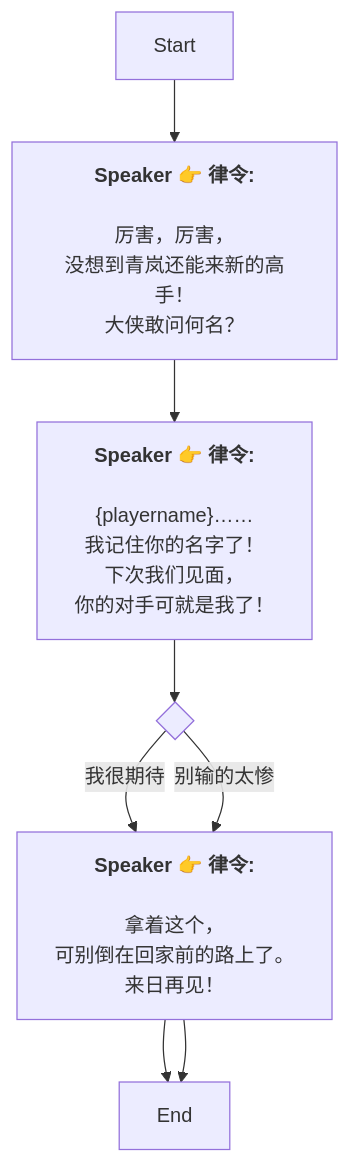
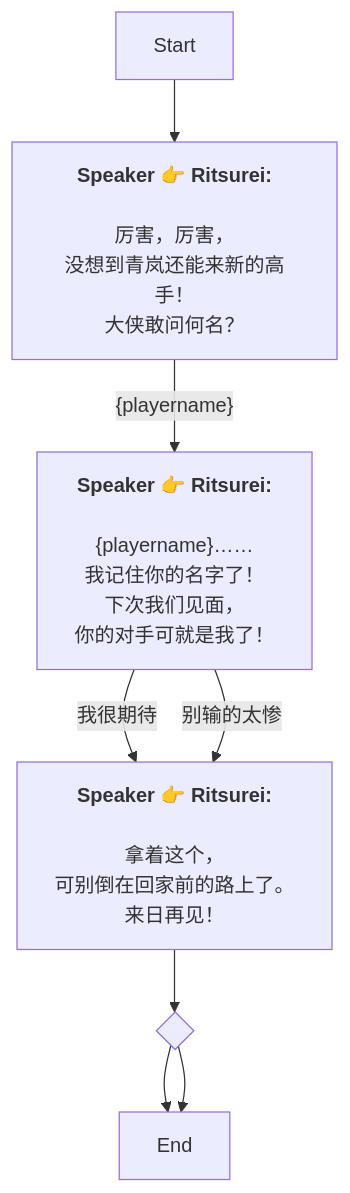
The diagram in Zh/QuestStartTalkENode_1772612223239359.md (SoftHu/tos_avg), drawn with Mermaid before and after one commit. The commit also changed 737 other files, not shown here.

````diff
--- a/Zh/QuestStartTalkENode_1772612223239359.md
+++ b/Zh/QuestStartTalkENode_1772612223239359.md
@@ -1,28 +1,20 @@
 ```mermaid
 graph
-Start -->1772612377369795[<b>Speaker 👉 律令:</b>
+Start -->1772612377369795[<b>Speaker 👉 Ritsurei:</b>
+\n厉害，厉害，
+没想到青岚还能来新的高手！\n大侠敢问何名？]
+1772612377369795 -->|&lbrace;playername&rbrace;|1772612658289863[<b>Speaker 👉 Ritsurei:</b>
+\n&lbrace;playername&rbrace;……
+我记住你的名字了！\n下次我们见面，
+你的对手可就是我了！]
+1772612658289863 -->|我很期待|1772612932636880[<b>Speaker 👉 Ritsurei:</b>
+\n拿着这个，
+可别倒在回家前的路上了。\n来日再见！]
+1772612658289863 -->|别输的太惨|1772612932636880[<b>Speaker 👉 Ritsurei:</b>
+\n拿着这个，
+可别倒在回家前的路上了。\n来日再见！]
+1772612932636880 -->1772612787498185{ }
+1772612787498185 -->1772612791118026[End]
+1772612787498185 -->1772612791118026[End]
 
-厉害，厉害，
-没想到青岚还能来新的高手！
-大侠敢问何名？]
-1772612377369795 -->1772612658289863[<b>Speaker 👉 律令:</b>
-
-&lbrace;playername&rbrace;……
-我记住你的名字了！
-下次我们见面，
-你的对手可就是我了！]
-1772612658289863 -->1772612890124493{ }
-1772612890124493 -->|我很期待|1772612932636880[<b>Speaker 👉 律令:</b>
-
-拿着这个，
-可别倒在回家前的路上了。
-来日再见！]
-1772612890124493 -->|别输的太惨|1772612932636880[<b>Speaker 👉 律令:</b>
-
-拿着这个，
-可别倒在回家前的路上了。
-来日再见！]
-1772612932636880 -->1772612791118026[End]
-1772612932636880 -->1772612791118026[End]
-
- ```
+```
````
